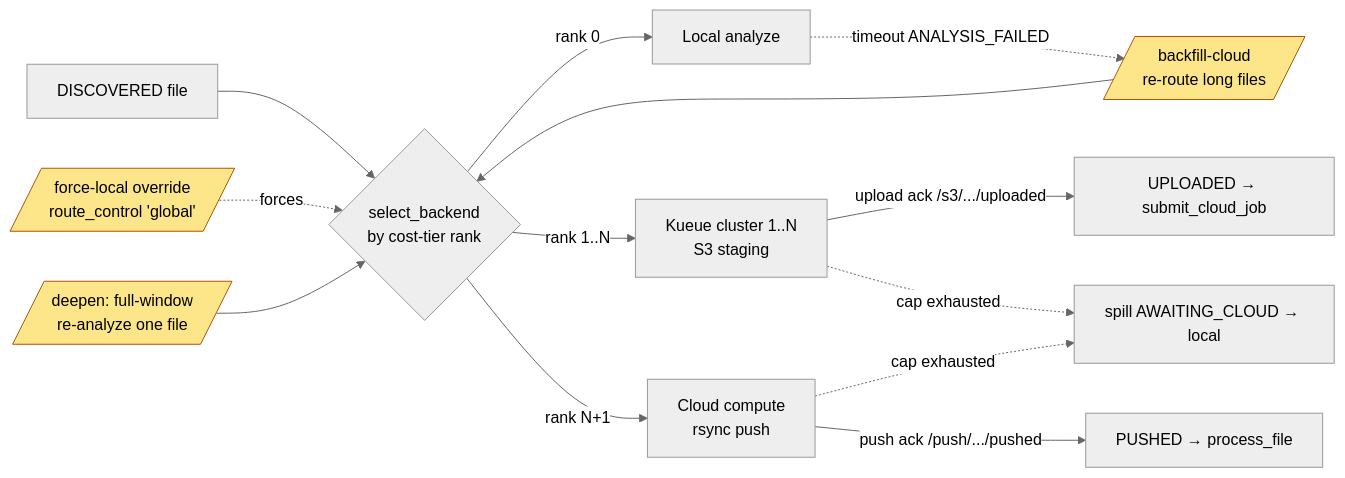
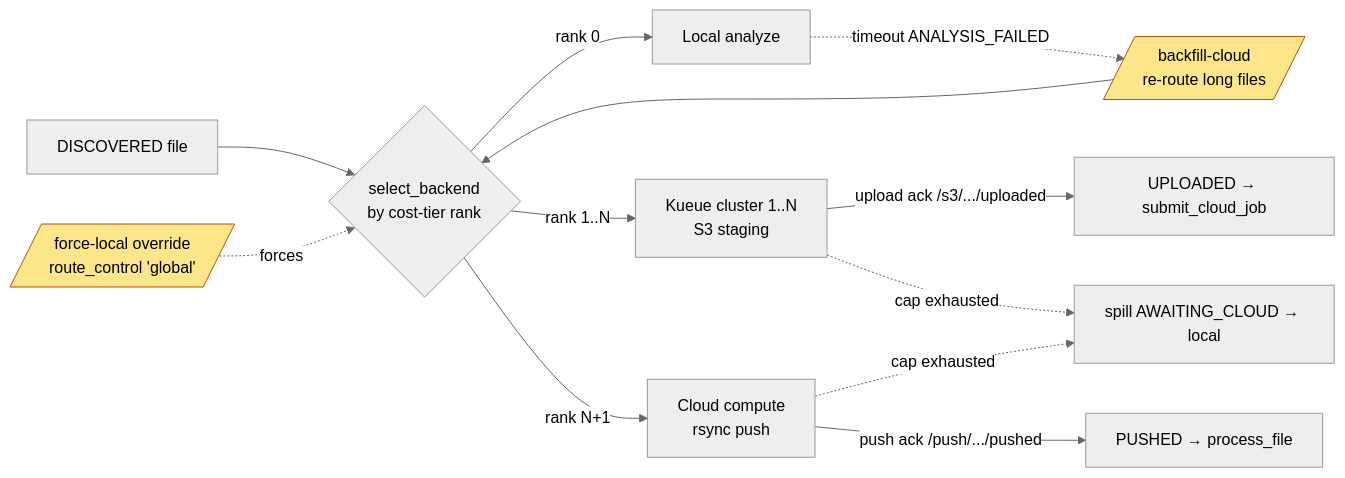
One commit to SimplicityGuy/phaze changed the diagram in docs/api.md. Above: the diagram before and after it, drawn with Mermaid (neutral theme). The commit also changed other lines of this file and 63 other files, not shown here.

````diff
--- a/docs/api.md
+++ b/docs/api.md
@@ -96,16 +97,15 @@
 ```mermaid
 flowchart LR
     D[DISCOVERED file] --> R{select_backend<br/>by cost-tier rank}
     FL[/force-local override<br/>route_control 'global'/]:::override -.forces.-> R
     R -->|rank 0| L[Local analyze]
     R -->|rank 1..N| K[Kueue cluster 1..N<br/>S3 staging]
     R -->|rank N+1| C[Cloud compute<br/>rsync push]
     K -->|upload ack /s3/.../uploaded| KP[UPLOADED → submit_cloud_job]
     C -->|push ack /push/.../pushed| CP[PUSHED → process_file]
     K -. cap exhausted .-> SP[spill AWAITING_CLOUD → local]
     C -. cap exhausted .-> SP
     L -.timeout ANALYSIS_FAILED.-> BF[/backfill-cloud<br/>re-route long files/]:::override
     BF --> R
-    DP[/deepen: full-window<br/>re-analyze one file/]:::override --> R
     classDef override fill:#fde68a,stroke:#b45309,color:#000;
 ```
````
